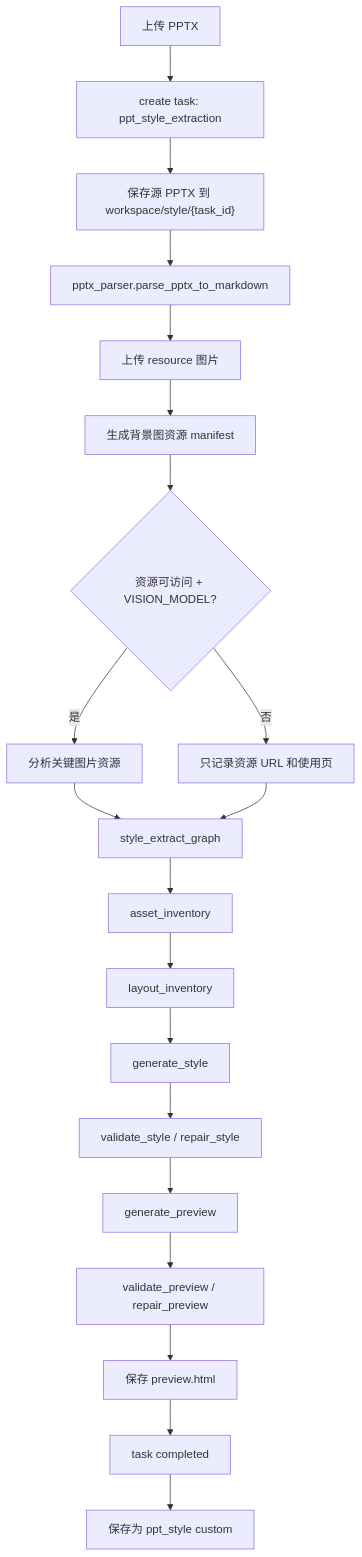
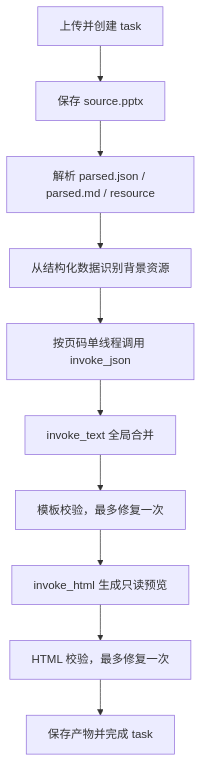
Before and after one commit to huiru-wang/rumi-ai: the diagram in docs/style-extraction-architecture.md, drawn with Mermaid. The commit also changed other lines of this file and 38 other files, not shown here.

````diff
--- a/docs/style-extraction-architecture.md
+++ b/docs/style-extraction-architecture.md
@@ -65,22 +60,12 @@
 ```mermaid
 flowchart TB
-  Upload["上传 PPTX"] --> Task["create task: ppt_style_extraction"]
-  Task --> SavePPTX["保存源 PPTX 到 workspace/style/{task_id}"]
-  SavePPTX --> Parse["pptx_parser.parse_pptx_to_markdown"]
-  Parse --> UploadMedia["上传 resource 图片"]
-  UploadMedia --> Manifest["生成背景图资源 manifest"]
-  Manifest --> Vision{"资源可访问 + VISION_MODEL?"}
-  Vision -->|是| AnalyzeImage["分析关键图片资源"]
-  Vision -->|否| ManifestOnly["只记录资源 URL 和使用页"]
-  AnalyzeImage --> Graph["style_extract_graph"]
-  ManifestOnly --> Graph
-  Graph --> AssetInv["asset_inventory"]
-  AssetInv --> LayoutInv["layout_inventory"]
-  LayoutInv --> StyleLLM["generate_style"]
-  StyleLLM --> ValidateStyle["validate_style / repair_style"]
-  ValidateStyle --> PreviewLLM["generate_preview"]
-  PreviewLLM --> ValidatePreview["validate_preview / repair_preview"]
-  ValidatePreview --> SavePreview["保存 preview.html"]
-  SavePreview --> Complete["task completed"]
-  Complete --> SaveStyle["保存为 ppt_style custom"]
+  Upload["上传并创建 task"] --> Save["保存 source.pptx"]
+  Save --> Parse["解析 parsed.json / parsed.md / resource"]
+  Parse --> Manifest["从结构化数据识别背景资源"]
+  Manifest --> Loop["按页码单线程调用 invoke_json"]
+  Loop --> Merge["invoke_text 全局合并"]
+  Merge --> StyleCheck["模板校验，最多修复一次"]
+  StyleCheck --> Preview["invoke_html 生成只读预览"]
+  Preview --> PreviewCheck["HTML 校验，最多修复一次"]
+  PreviewCheck --> Complete["保存产物并完成 task"]
 ```
````
